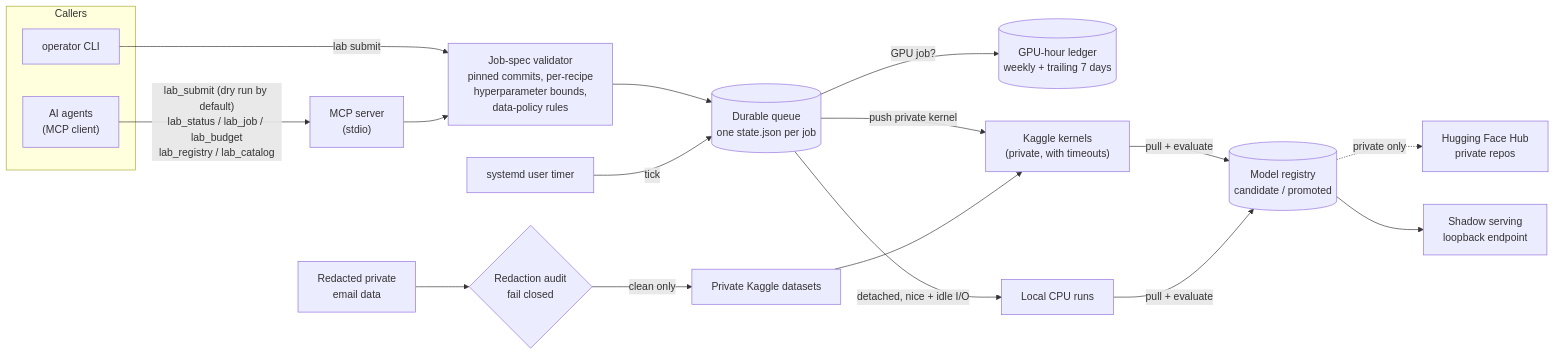
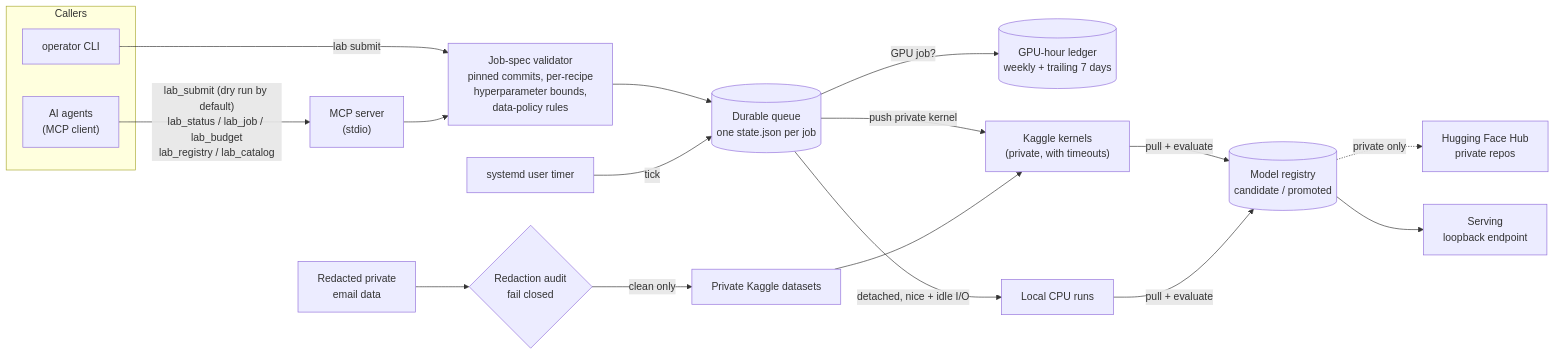
The diagram in README.md (mhmalvi/ai-lab), drawn with Mermaid before and after one commit. The commit also changed other lines of this file, not shown here.

Commit message:
docs: the inbox classifier is the shared router's first opinion for three inbox menus, not shadow-only (J14)

````diff
--- a/README.md
+++ b/README.md
@@ -15,25 +15,25 @@
 ```mermaid
 flowchart LR
     subgraph Callers
         OP[operator CLI]
         AG["AI agents<br/>(MCP client)"]
     end
 
     OP -->|"lab submit"| SPEC
     AG -->|"lab_submit (dry run by default)<br/>lab_status / lab_job / lab_budget<br/>lab_registry / lab_catalog"| MCP["MCP server<br/>(stdio)"]
     MCP --> SPEC["Job-spec validator<br/>pinned commits, per-recipe<br/>hyperparameter bounds,<br/>data-policy rules"]
     SPEC --> Q[("Durable queue<br/>one state.json per job")]
 
     T["systemd user timer"] -->|"tick"| Q
     Q -->|"GPU job?"| B[("GPU-hour ledger<br/>weekly + trailing 7 days")]
     Q -->|"push private kernel"| K["Kaggle kernels<br/>(private, with timeouts)"]
     Q -->|"detached, nice + idle I/O"| L["Local CPU runs"]
 
     D["Redacted private<br/>email data"] --> RA{"Redaction audit<br/>fail closed"}
     RA -->|"clean only"| KD["Private Kaggle datasets"]
     KD --> K
 
     K & L -->|"pull + evaluate"| R[("Model registry<br/>candidate / promoted")]
     R -.->|"private only"| HF["Hugging Face Hub<br/>private repos"]
-    R --> S["Shadow serving<br/>loopback endpoint"]
+    R --> S["Serving<br/>loopback endpoint"]
 ```
````
